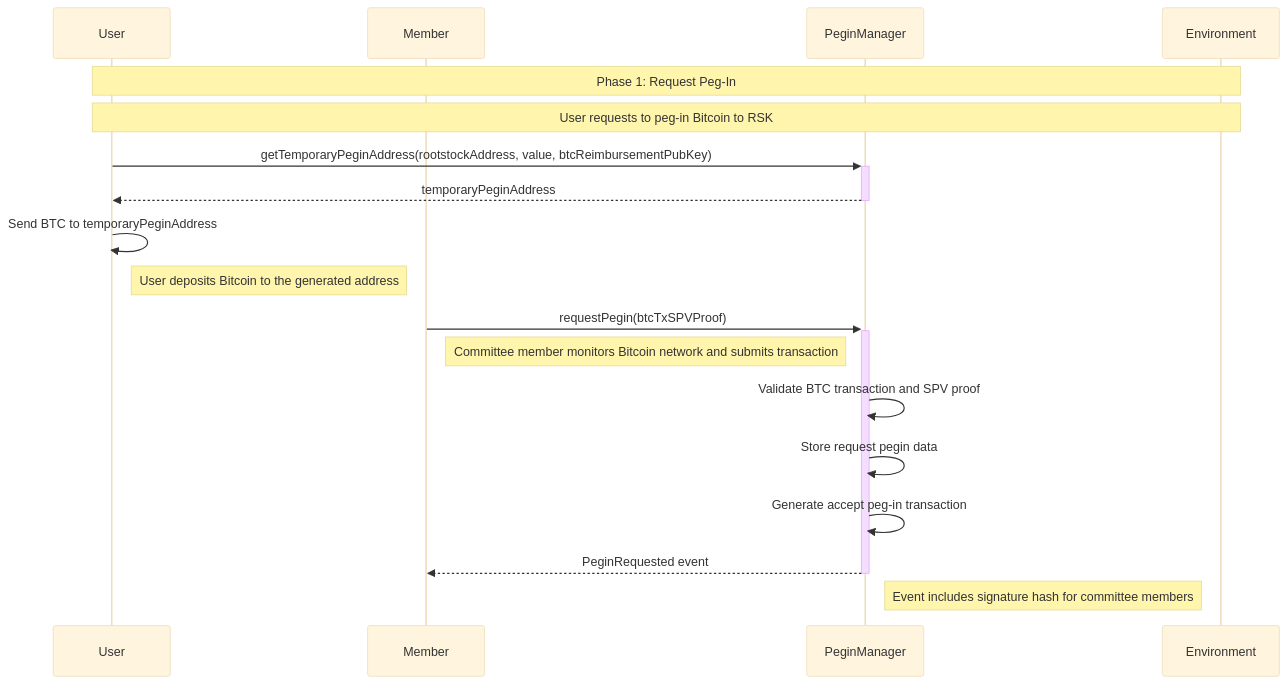
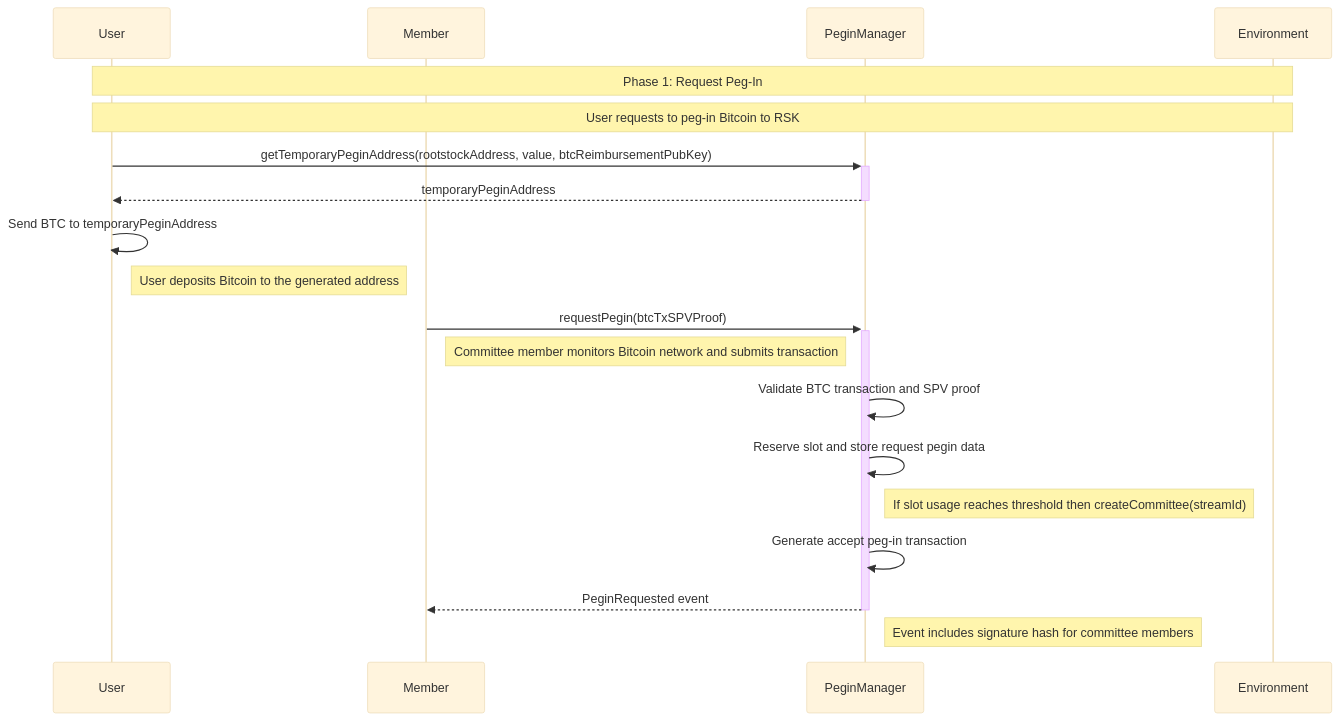
Before and after one commit to rsksmart/union-bridge-contracts: the fifth of 14 diagrams in docs/src/README.md, drawn with Mermaid (base theme). The commit also changed other lines of this file and 98 other files, not shown here.

````diff
--- a/docs/src/README.md
+++ b/docs/src/README.md
@@ -721,24 +723,25 @@
 ```mermaid
 sequenceDiagram
     participant U as User
     participant M as Member
     participant PIM as PeginManager
     participant ENV as Environment
 
     Note over U,ENV: Phase 1: Request Peg-In
     Note over U,ENV: User requests to peg-in Bitcoin to RSK
 
     U->>+PIM: getTemporaryPeginAddress(rootstockAddress, value, btcReimbursementPubKey)
     PIM-->>-U: temporaryPeginAddress
 
     U->>U: Send BTC to temporaryPeginAddress
     Note right of U: User deposits Bitcoin to the generated address
 
     M->>+PIM: requestPegin(btcTxSPVProof)
     Note right of M: Committee member monitors Bitcoin network and submits transaction
     PIM->>PIM: Validate BTC transaction and SPV proof
-    PIM->>PIM: Store request pegin data
+    PIM->>PIM: Reserve slot and store request pegin data
+    Note right of PIM: If slot usage reaches threshold then createCommittee(streamId)
     PIM->>PIM: Generate accept peg-in transaction
     PIM-->>-M: PeginRequested event
     Note right of PIM: Event includes signature hash for committee members
 ```
````
